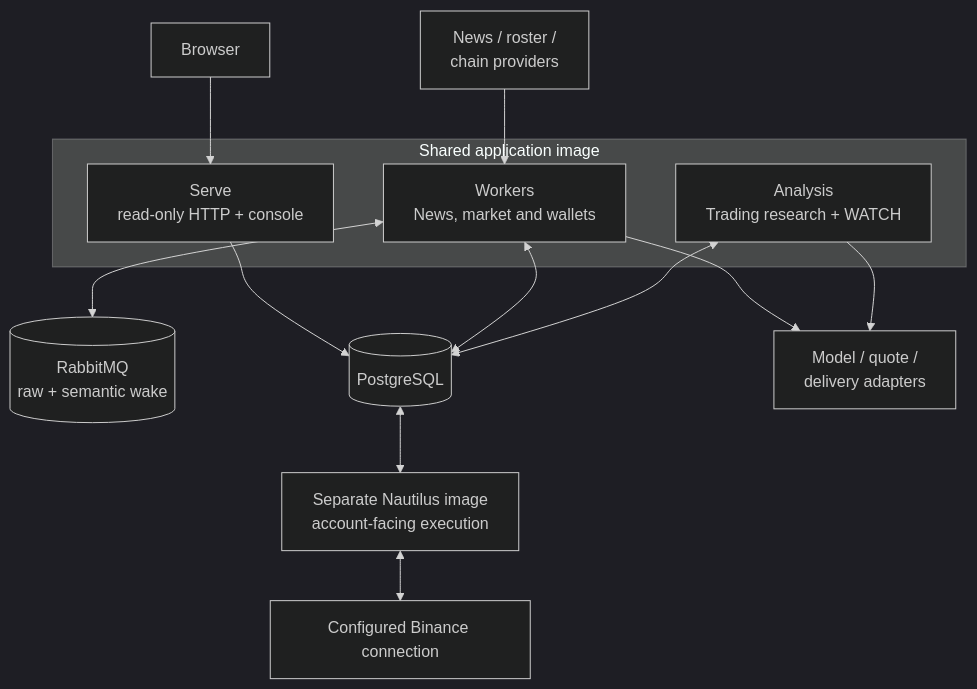
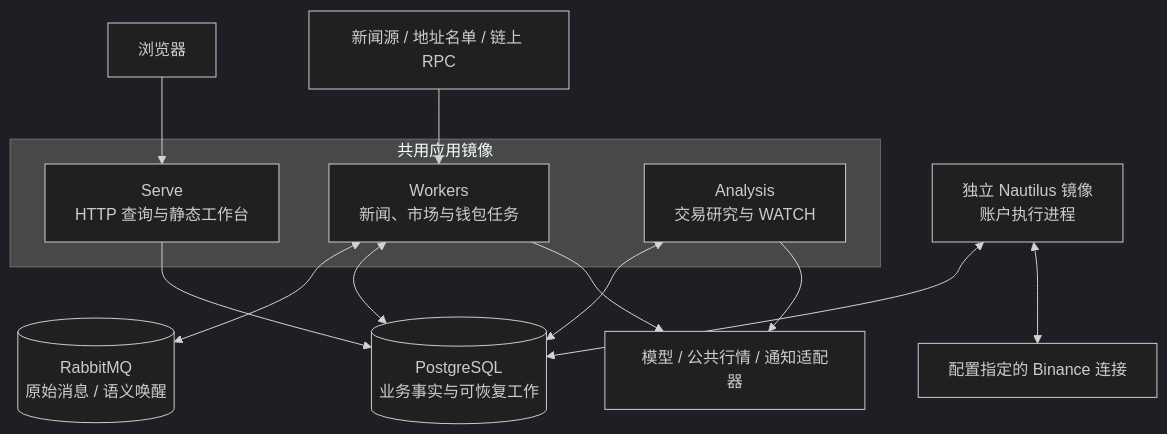
The first of 4 diagrams in docs/ARCHITECTURE.md (AnalyThothAI/tracefold), drawn with Mermaid (dark theme) before and after one commit. The commit also changed other lines of this file and 28 other files, not shown here.

Commit message:
docs: rebuild the Chinese architecture and module handbook

````diff
--- a/docs/ARCHITECTURE.md
+++ b/docs/ARCHITECTURE.md
@@ -13,18 +11,18 @@
 ```mermaid
 flowchart TB
-    Browser["Browser"] --> Serve
-    Providers["News / roster /<br/>chain providers"] --> Workers
-    subgraph Application["Shared application image"]
-        Serve["Serve<br/>read-only HTTP + console"]
-        Workers["Workers<br/>News, market and wallets"]
-        Analysis["Analysis<br/>Trading research + WATCH"]
+    Browser["浏览器"] --> Serve
+    Providers["新闻源 / 地址名单 / 链上 RPC"] --> Workers
+    subgraph Application["共用应用镜像"]
+        Serve["Serve<br/>HTTP 查询与静态工作台"]
+        Workers["Workers<br/>新闻、市场与钱包任务"]
+        Analysis["Analysis<br/>交易研究与 WATCH"]
     end
-    Workers <--> Broker[("RabbitMQ<br/>raw + semantic wake")]
-    Serve --> DB[("PostgreSQL")]
+    Workers <--> Broker[("RabbitMQ<br/>原始消息 / 语义唤醒")]
+    Serve --> DB[("PostgreSQL<br/>业务事实与可恢复工作")]
     Workers <--> DB
     Analysis <--> DB
-    Workers --> External["Model / quote /<br/>delivery adapters"]
-    Analysis --> External
-    DB <--> Runtime["Separate Nautilus image<br/>account-facing execution"]
-    Runtime <--> Venue["Configured Binance connection"]
+    Workers --> Model["模型 / 公共行情 / 通知适配器"]
+    Analysis --> Model
+    Runtime["独立 Nautilus 镜像<br/>账户执行进程"] <--> DB
+    Runtime <--> Venue["配置指定的 Binance 连接"]
 ```
````
